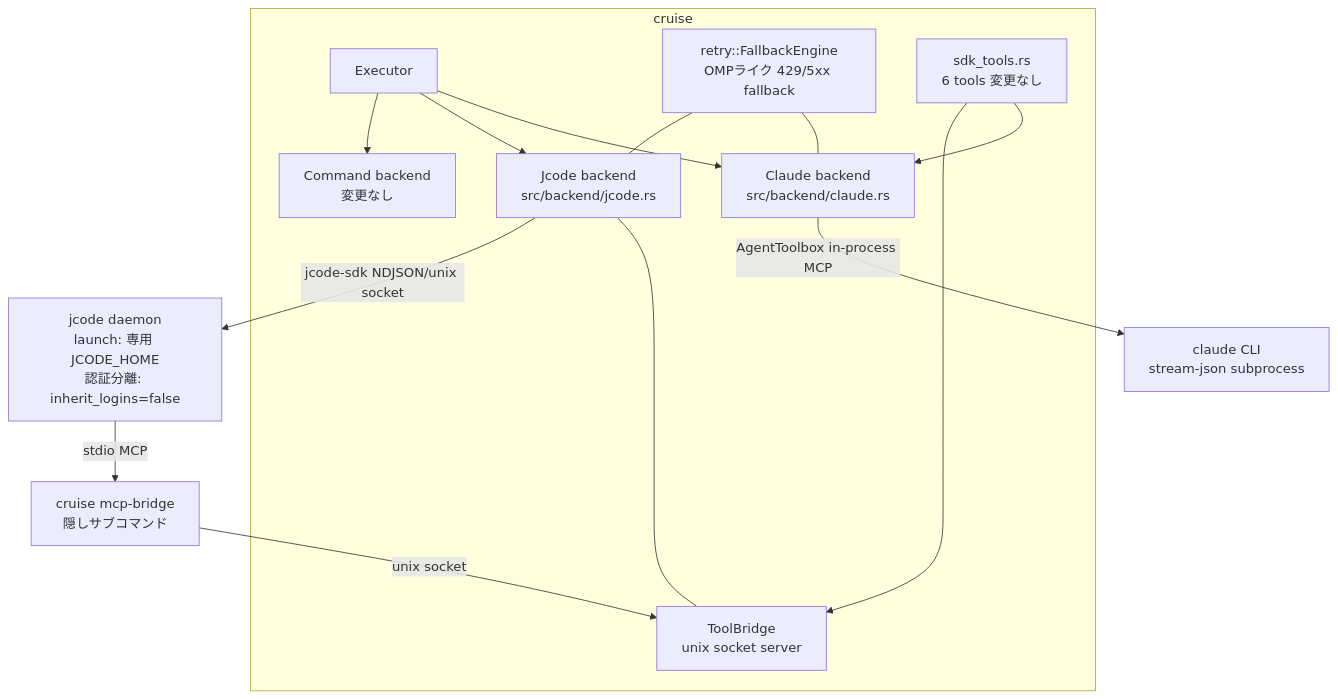
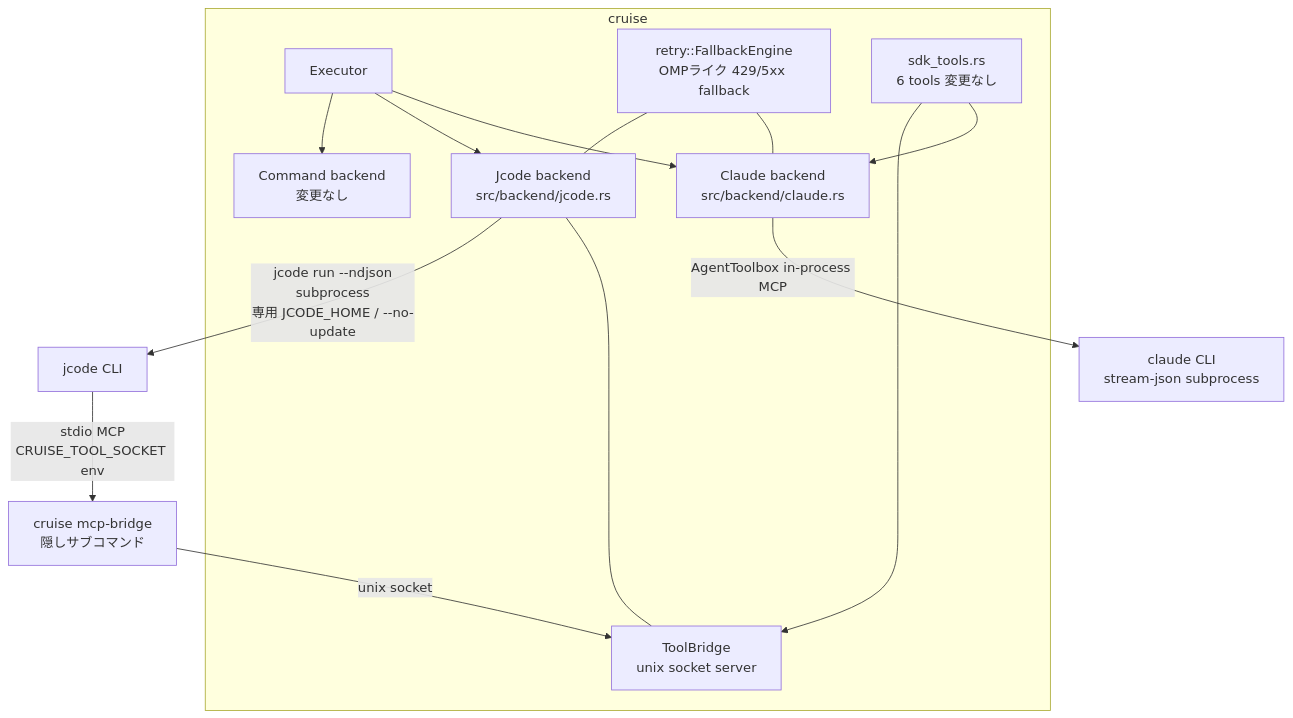
The diagram in JCODE.md (smartcrabai/cruise), drawn with Mermaid before and after one commit. The commit also changed other lines of this file and 6 other files, not shown here.

First line of the commit message:
docs: sync README, skills, and schema with implementation (#592)

````diff
--- a/JCODE.md
+++ b/JCODE.md
@@ -84,18 +96,18 @@
 ```mermaid
 graph TD
     subgraph cruise
         E[Executor] --> C[Command backend<br/>変更なし]
         E --> J[Jcode backend<br/>src/backend/jcode.rs]
         E --> A[Claude backend<br/>src/backend/claude.rs]
         R[retry::FallbackEngine<br/>OMPライク 429/5xx fallback] --- J
         R --- A
         T[ToolBridge<br/>unix socket server] --- J
         ST[sdk_tools.rs<br/>6 tools 変更なし]
     end
-    J -->|jcode-sdk NDJSON/unix socket| JD[jcode daemon<br/>launch: 専用 JCODE_HOME<br/>認証分離: inherit_logins=false]
-    JD -->|stdio MCP| MB[cruise mcp-bridge<br/>隠しサブコマンド]
+    J -->|jcode run --ndjson<br/>subprocess<br/>専用 JCODE_HOME / --no-update| JC[jcode CLI]
+    JC -->|stdio MCP<br/>CRUISE_TOOL_SOCKET env| MB[cruise mcp-bridge<br/>隠しサブコマンド]
     MB -->|unix socket| T
     A -->|AgentToolbox in-process MCP| CC[claude CLI<br/>stream-json subprocess]
     ST --> T
     ST --> A
 ```
````
